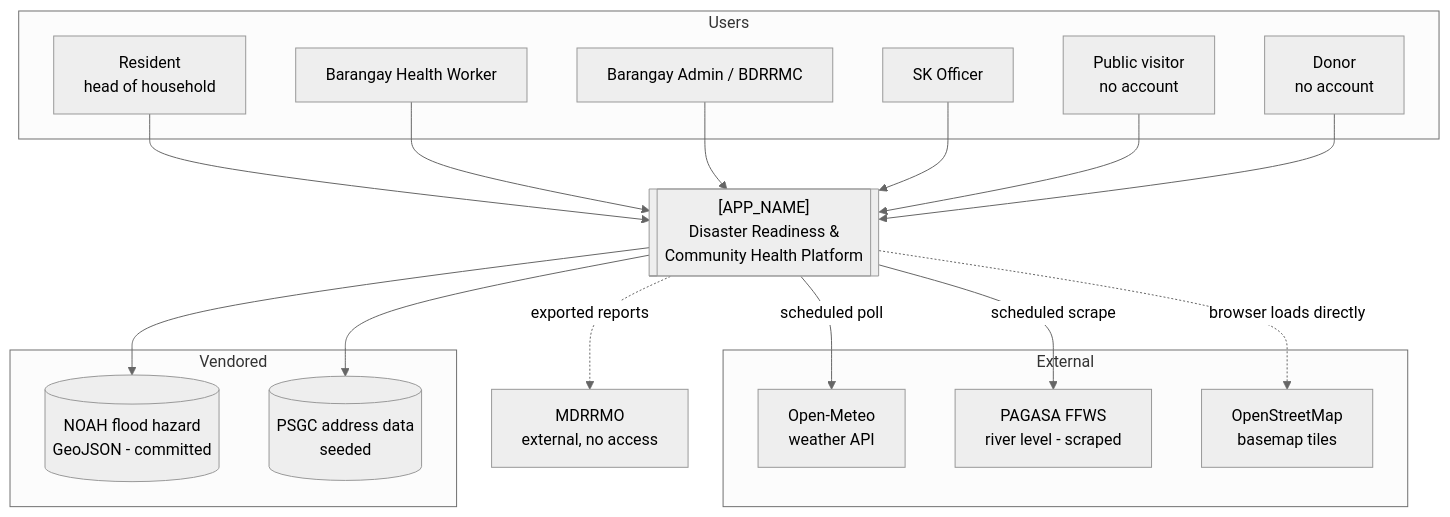
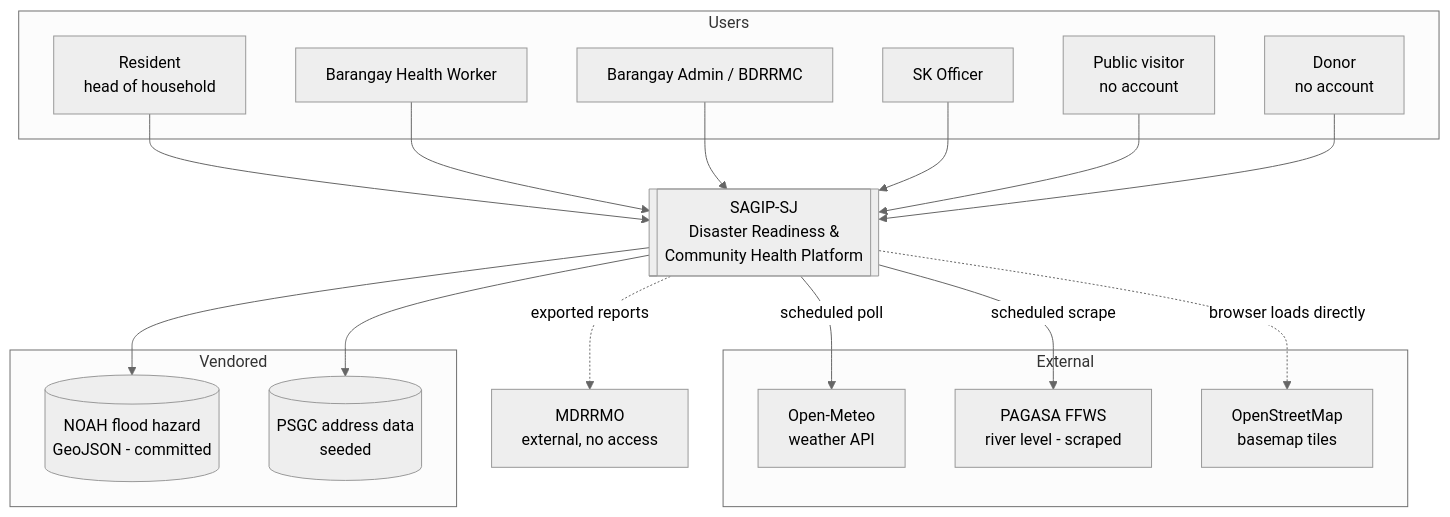
The first of 7 diagrams in docs/architecture.md (MaChewwwww/Project_Pitching), drawn with Mermaid (neutral theme) before and after one commit. The commit also changed other lines of this file and 63 other files, not shown here.

````diff
--- a/docs/architecture.md
+++ b/docs/architecture.md
@@ -30,39 +30,39 @@
 ```mermaid
 graph TB
     subgraph Users
         R[Resident<br/>head of household]
         B[Barangay Health Worker]
         A[Barangay Admin / BDRRMC]
         S[SK Officer]
         P[Public visitor<br/>no account]
         D[Donor<br/>no account]
     end
 
-    SYS[["[APP_NAME]<br/>Disaster Readiness &<br/>Community Health Platform"]]
+    SYS[["SAGIP-SJ<br/>Disaster Readiness &<br/>Community Health Platform"]]
 
     subgraph External
         OM[Open-Meteo<br/>weather API]
         PG[PAGASA FFWS<br/>river level - scraped]
         OSM[OpenStreetMap<br/>basemap tiles]
     end
 
     subgraph Vendored
         NOAH[(NOAH flood hazard<br/>GeoJSON - committed)]
         PSGC[(PSGC address data<br/>seeded)]
     end
 
     R --> SYS
     B --> SYS
     A --> SYS
     S --> SYS
     P --> SYS
     D --> SYS
 
     SYS -->|scheduled poll| OM
     SYS -->|scheduled scrape| PG
     SYS -.->|browser loads directly| OSM
     SYS --> NOAH
     SYS --> PSGC
 
     SYS -.->|exported reports| MD[MDRRMO<br/>external, no access]
 ```
````
